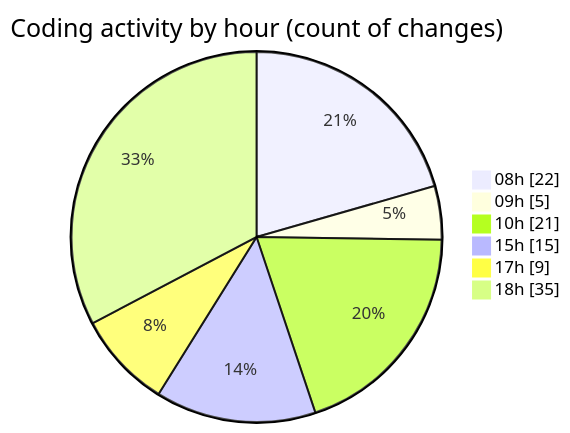
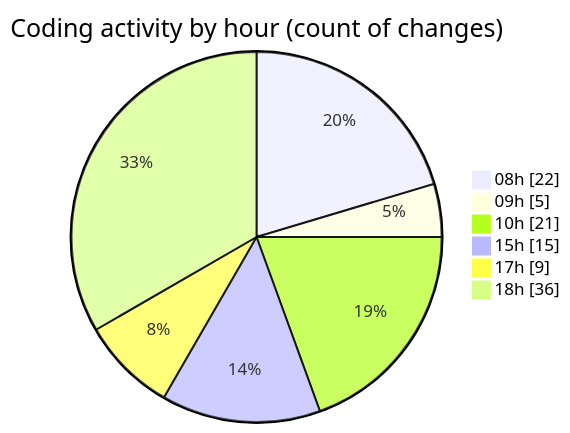
The second of 2 diagrams in 2025-02-17/mbc-web/README.md (robertbonfada/code-tracking), drawn with Mermaid before and after one commit. The commit also changed other lines of this file and 1 other file, not shown here.

````diff
--- a/2025-02-17/mbc-web/README.md
+++ b/2025-02-17/mbc-web/README.md
@@ -48,10 +48,10 @@
 ```mermaid
 pie showData
 title Coding activity by hour (count of changes)
 "08h" : 22
 "09h" : 5
 "10h" : 21
 "15h" : 15
 "17h" : 9
-"18h" : 35
+"18h" : 36
 ```
````
